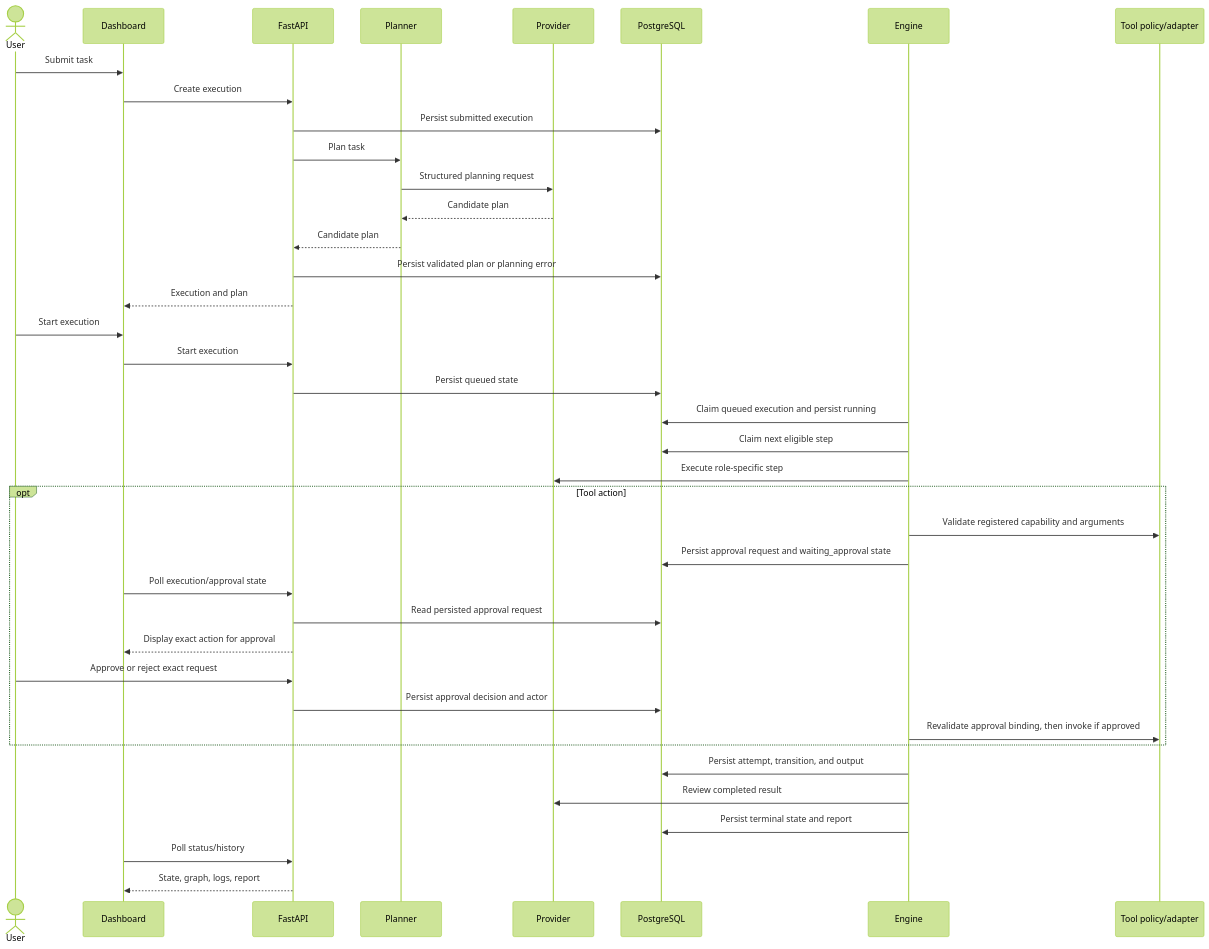
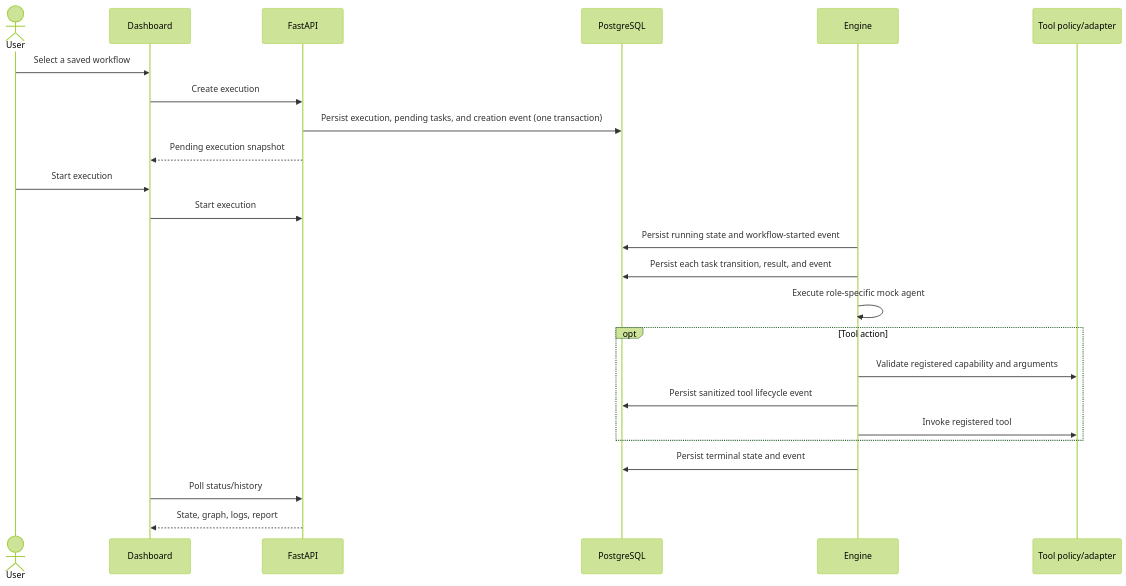
Before and after one commit to Niharxd/Agent-Forage: the third of 3 diagrams in docs/ARCHITECTURE.md, drawn with Mermaid (forest theme). The commit also changed other lines of this file and 13 other files, not shown here.

Commit message:
Day 12: Execution persistence and lifecycle integration

````diff
--- a/docs/ARCHITECTURE.md
+++ b/docs/ARCHITECTURE.md
@@ -84,41 +75,26 @@
 ```mermaid
 sequenceDiagram
     actor User
     participant UI as Dashboard
     participant API as FastAPI
-    participant Planner
-    participant Provider
     participant DB as PostgreSQL
     participant Engine
     participant Policy as Tool policy/adapter
-    User->>UI: Submit task
+    User->>UI: Select a saved workflow
     UI->>API: Create execution
-    API->>DB: Persist submitted execution
-    API->>Planner: Plan task
-    Planner->>Provider: Structured planning request
-    Provider-->>Planner: Candidate plan
-    Planner-->>API: Candidate plan
-    API->>DB: Persist validated plan or planning error
-    API-->>UI: Execution and plan
+    API->>DB: Persist execution, pending tasks, and creation event (one transaction)
+    API-->>UI: Pending execution snapshot
     User->>UI: Start execution
     UI->>API: Start execution
-    API->>DB: Persist queued state
-    Engine->>DB: Claim queued execution and persist running
-    Engine->>DB: Claim next eligible step
-    Engine->>Provider: Execute role-specific step
+    Engine->>DB: Persist running state and workflow-started event
+    Engine->>DB: Persist each task transition, result, and event
+    Engine->>Engine: Execute role-specific mock agent
     opt Tool action
         Engine->>Policy: Validate registered capability and arguments
-        Engine->>DB: Persist approval request and waiting_approval state
-        UI->>API: Poll execution/approval state
-        API->>DB: Read persisted approval request
-        API-->>UI: Display exact action for approval
-        User->>API: Approve or reject exact request
-        API->>DB: Persist approval decision and actor
-        Engine->>Policy: Revalidate approval binding, then invoke if approved
+        Engine->>DB: Persist sanitized tool lifecycle event
+        Engine->>Policy: Invoke registered tool
     end
-    Engine->>DB: Persist attempt, transition, and output
-    Engine->>Provider: Review completed result
-    Engine->>DB: Persist terminal state and report
+    Engine->>DB: Persist terminal state and event
     UI->>API: Poll status/history
     API-->>UI: State, graph, logs, report
 ```
````
